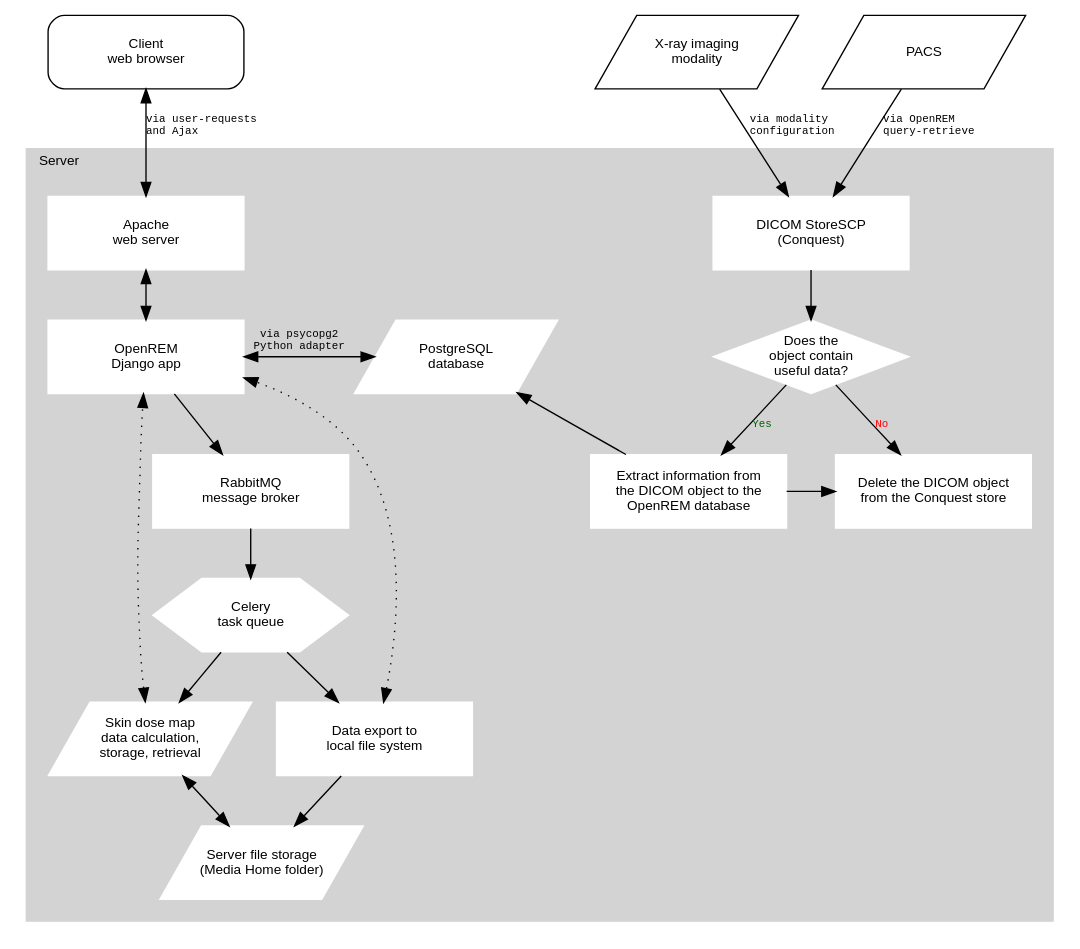
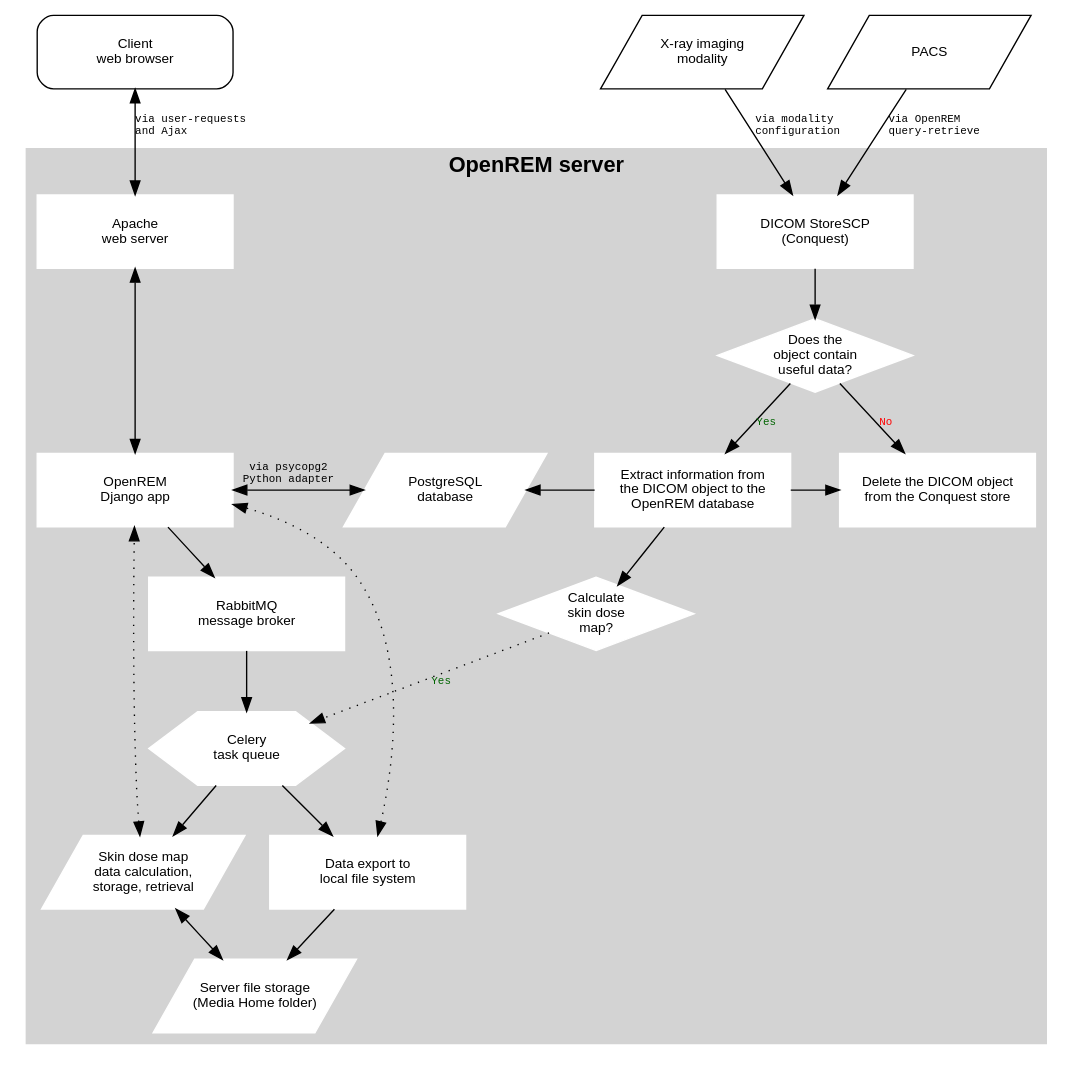
The diagram in docs/testgraphviz.rst (ckswilliams/modOpenREM), drawn with Graphviz before and after one commit.

Commit message:
Putting all server nodes in the same cluster to make layout more straightforward for me. References issue #448.

```diff
--- a/docs/testgraphviz.rst
+++ b/docs/testgraphviz.rst
@@ -4,78 +4,74 @@
 .. graphviz::
 
    digraph {
       node [fixedsize=true width=2.0 height=0.75 fontsize=10 margin="0.0,0.0"];
 
       // Define the things on the server
       subgraph cluster_server {
 
-         label="Server";
+         label="OpenREM server";
          tooltip="The server";
-         labeljust=l;
-         fontname="Helvetica";
-         fontsize=10;
+         fontname="Helvetica-bold";
+         fontsize=16;
          style=filled;
          color=lightgrey;
          node [style=filled color=white];
 
-         subgraph cluster_processing {
-            label="";
+         // Define the nodes for the data storage, display and retrieval
+         webserver [label="Apache\nweb server" fontname="Helvetica" tooltip="Serve web pages to the user" shape="box"];
+         python_django [label="OpenREM\nDjango app" fontname="Helvetica" tooltip="Python web framework" shape="box"];
+         database [label="PostgreSQL\ndatabase" fontname="Helvetica" tooltip="Relational database management system" shape="parallelogram"];
+         rabbitmq [label="RabbitMQ\nmessage broker" fontname="Helvetica" tooltip="Message broker" shape="box"];
+         celery [label="Celery\ntask queue" fontname="Helvetica" tooltip="Asynchronous task queue" shape="hexagon"];
+         skin_dose_map_data [label="Skin dose map\ndata calculation,\nstorage, retrieval" fontname="Helvetica" tooltip="Calculate, store and retrieve skin dose map data" shape="parallelogram"];
+         server_media_folder [label="Server file storage\n(Media Home folder)" fontname="Helvetica" tooltip="File storage on the server" shape="parallelogram"];
+         data_export [label="Data export to\nlocal file system" fontname="Helvetica" tooltip="Files are made available to the user via a web page URL" shape="box"];
 
-            // Define the nodes
-            webserver [label="Apache\nweb server" fontname="Helvetica" tooltip="Serve web pages to the user" shape="box"];
-            python_django [label="OpenREM\nDjango app" fontname="Helvetica" tooltip="Python web framework" shape="box"];
-            database [label="PostgreSQL\ndatabase" fontname="Helvetica" tooltip="Relational database management system" shape="parallelogram"];
-            rabbitmq [label="RabbitMQ\nmessage broker" fontname="Helvetica" tooltip="Message broker" shape="box"];
-            celery [label="Celery\ntask queue" fontname="Helvetica" tooltip="Asynchronous task queue" shape="hexagon"];
-            skin_dose_map_data [label="Skin dose map\ndata calculation,\nstorage, retrieval" fontname="Helvetica" tooltip="Calculate, store and retrieve skin dose map data" shape="parallelogram"];
-            server_media_folder [label="Server file storage\n(Media Home folder)" fontname="Helvetica" tooltip="File storage on the server" shape="parallelogram"];
-            data_export [label="Data export to\nlocal file system" fontname="Helvetica" tooltip="Files are made available to the user via a web page URL" shape="box"];
+         // Define the links between the data storage, display and retrieval
+         webserver -> python_django [dir=both];
+         python_django -> database [dir=both label="via psycopg2\nPython adapter" fontsize=8 fontname="Courier"];
+         python_django -> rabbitmq;
+         rabbitmq -> celery;
+         celery -> skin_dose_map_data;
+         celery -> data_export;
+         skin_dose_map_data -> server_media_folder [dir=both];
+         skin_dose_map_data -> python_django [style=dotted dir=both];
+         data_export -> server_media_folder;
+         data_export -> python_django [style=dotted dir=both];
 
-            // Define the links between the nodes
-            webserver -> python_django [dir=both];
-            python_django -> database [dir=both label="via psycopg2\nPython adapter" fontsize=8 fontname="Courier"];
-            python_django -> rabbitmq;
-            rabbitmq -> celery;
-            celery -> skin_dose_map_data;
-            celery -> data_export;
-            skin_dose_map_data -> server_media_folder [dir=both];
-            skin_dose_map_data -> python_django [style=dotted dir=both];
-            data_export -> server_media_folder;
-            data_export -> python_django [style=dotted dir=both];
-
-            // Force python_django and the database to be on the same level
-            {rank=same; python_django database}
-            {rank=same; skin_dose_map_data data_export}
-         }
-         
-         subgraph cluster_acquire_data {
-            label = "";
-
-            conquest_script -> populate_database [label="Yes" fontcolor=darkgreen fontsize=8 fontname="Courier"];
-            populate_database -> delete_object;
-            conquest_script -> delete_object [label="No" fontcolor=red fontsize=8 fontname="Courier"];
-            conquest -> conquest_script;
-
-            {rank=same; populate_database delete_object};
-         }
-
+         // Define the nodes for the DICOM store, database population and skin dose map calculation
          conquest [label="DICOM StoreSCP\n(Conquest)" fontname="Helvetica" tooltip="Conquest, acting as a DICOM storage SCP" shape="box"];
          conquest_script [shape=diamond label="Does the\nobject contain\nuseful data?" fontname="Helvetica" tooltip="Process the rules in dicom.ini"];
          populate_database [label="Extract information from\nthe DICOM object to the\nOpenREM database" fontname="Helvetica", tooltip="Extract data using OpenREM's python scripts" shape="box"];
          delete_object [label="Delete the DICOM object\nfrom the Conquest store" fontname="Helvetica" tooltip="Delete the DICOM object from the local store SCP" shape="box"];
-         
+         calc_skin_dose_map [shape=diamond label="Calculate\nskin dose\nmap?" fontname="Helvetica" tooltip="Calculate the skin dose map?"];
+
+         // Define the links between the DICOM store, database population and skin dose map calculation
+         conquest_script -> populate_database [label="Yes" fontcolor=darkgreen fontsize=8 fontname="Courier"];
+         populate_database -> delete_object;
+         conquest_script -> delete_object [label="No" fontcolor=red fontsize=8 fontname="Courier"];
+         conquest -> conquest_script;
+         populate_database -> calc_skin_dose_map;
+
+         // Define the links between the two groups
          database -> populate_database [dir=back]
+         calc_skin_dose_map -> celery [style=dotted label="Yes" fontcolor=darkgreen fontsize=8 fontname="Courier"]
+
+         // Force certain nodes to be on the same level so that the diagram looks good (hopefully)
+         {rank=same; webserver conquest};
+         {rank=same; python_django database populate_database delete_object}
       }
 
-      // Define the web browser
+      // Define the web browser, modality and pacs nodes
       web_browser [label="Client\nweb browser" fontname="Helvetica" tooltip="The user's web browser" shape="box" style=rounded];
-      web_browser -> webserver [dir=both label="via user-requests\land Ajax\l" fontsize=8 fontname="Courier" tooltip="Ajax used to retrieve chart data"];
-
       modality [label="X-ray imaging\nmodality" fontname="Helvetica" tooltip="Data send from an x-ray imaging modality" shape="parallelogram"];
       pacs [label="PACS" fontname="Helvetica" tooltip="A Picture Archiving and Communication System" shape="parallelogram"];
-      
+
+      // Define the links that the browser, modality and pacs have
+      web_browser -> webserver [dir=both label="via user-requests\land Ajax\l" fontsize=8 fontname="Courier" tooltip="Ajax used to retrieve chart data"];
       modality -> conquest [label="via modality\lconfiguration\l" fontsize=8 fontname="Courier"];
       pacs -> conquest [label="via OpenREM\lquery-retrieve\l" fontsize=8 fontname="Courier"];
-      
+
+      // Force the web browser, modality and pacs to be on the same level
       {rank=same; web_browser modality pacs};
    }
```
